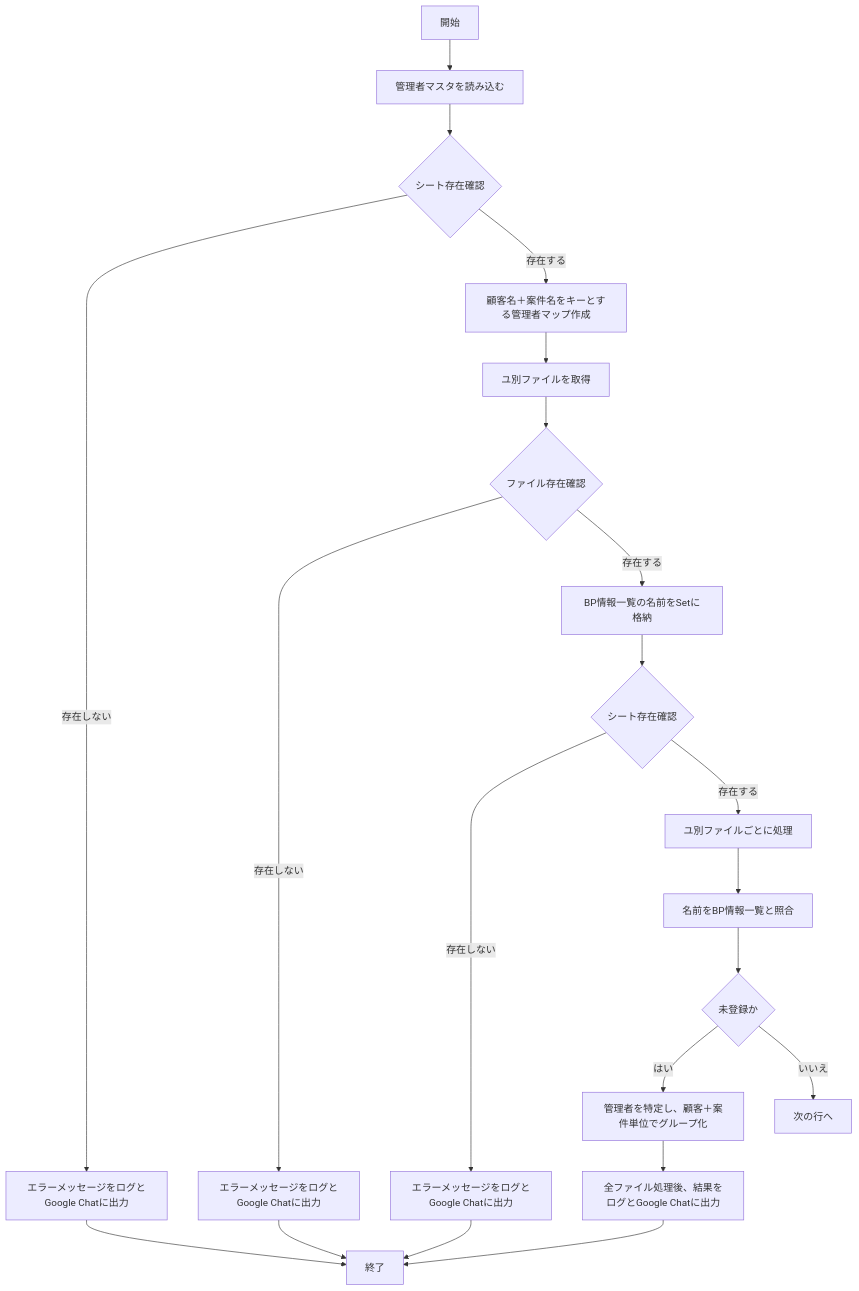
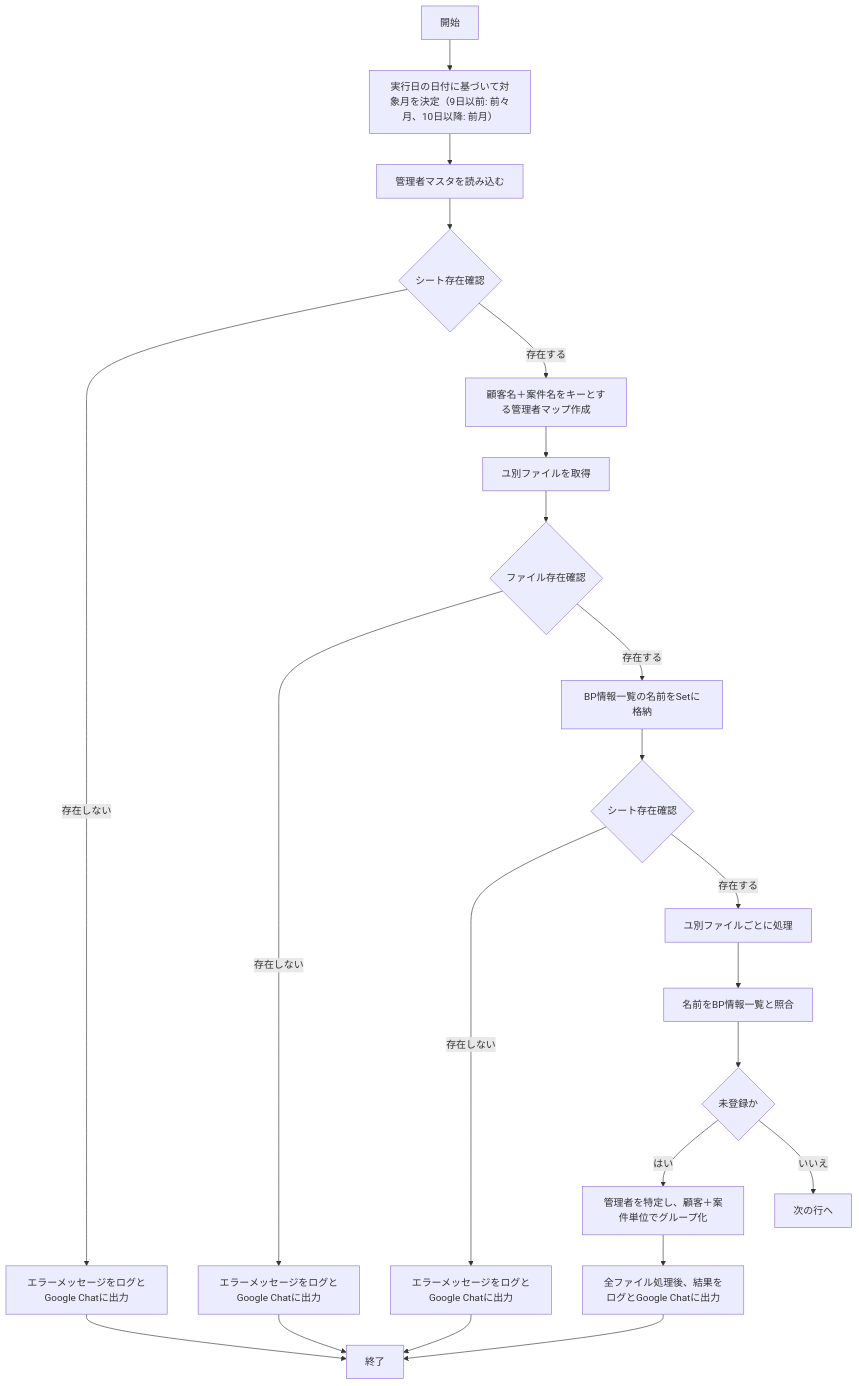
The first of 4 diagrams in docs/ユ別とBP一覧の比較_基本設計書.md (takeshiyoshida76-cell/takeshiyoshida76), drawn with Mermaid before and after one commit. The commit also changed other lines of this file, not shown here.

````diff
--- a/docs/ユ別とBP一覧の比較_基本設計書.md
+++ b/docs/ユ別とBP一覧の比較_基本設計書.md
@@ -98,23 +99,24 @@
 ```mermaid
 graph TD
-    A[開始] --> B[管理者マスタを読み込む]
+    A[開始] --> A1[実行日の日付に基づいて対象月を決定（9日以前: 前々月、10日以降: 前月）]
+    A1 --> B[管理者マスタを読み込む]
     B --> C{シート存在確認}
     C -->|存在しない| D[エラーメッセージをログとGoogle Chatに出力]
     C -->|存在する| E[顧客名＋案件名をキーとする管理者マップ作成]
     E --> F[ユ別ファイルを取得]
     F --> G{ファイル存在確認}
     G -->|存在しない| H[エラーメッセージをログとGoogle Chatに出力]
     G -->|存在する| I[BP情報一覧の名前をSetに格納]
     I --> J{シート存在確認}
     J -->|存在しない| K[エラーメッセージをログとGoogle Chatに出力]
     J -->|存在する| L[ユ別ファイルごとに処理]
     L --> M[名前をBP情報一覧と照合]
     M --> N{未登録か}
     N -->|はい| O[管理者を特定し、顧客＋案件単位でグループ化]
     N -->|いいえ| P[次の行へ]
     O --> Q[全ファイル処理後、結果をログとGoogle Chatに出力]
     Q --> R[終了]
     D --> R
     H --> R
     K --> R
 ```
````
